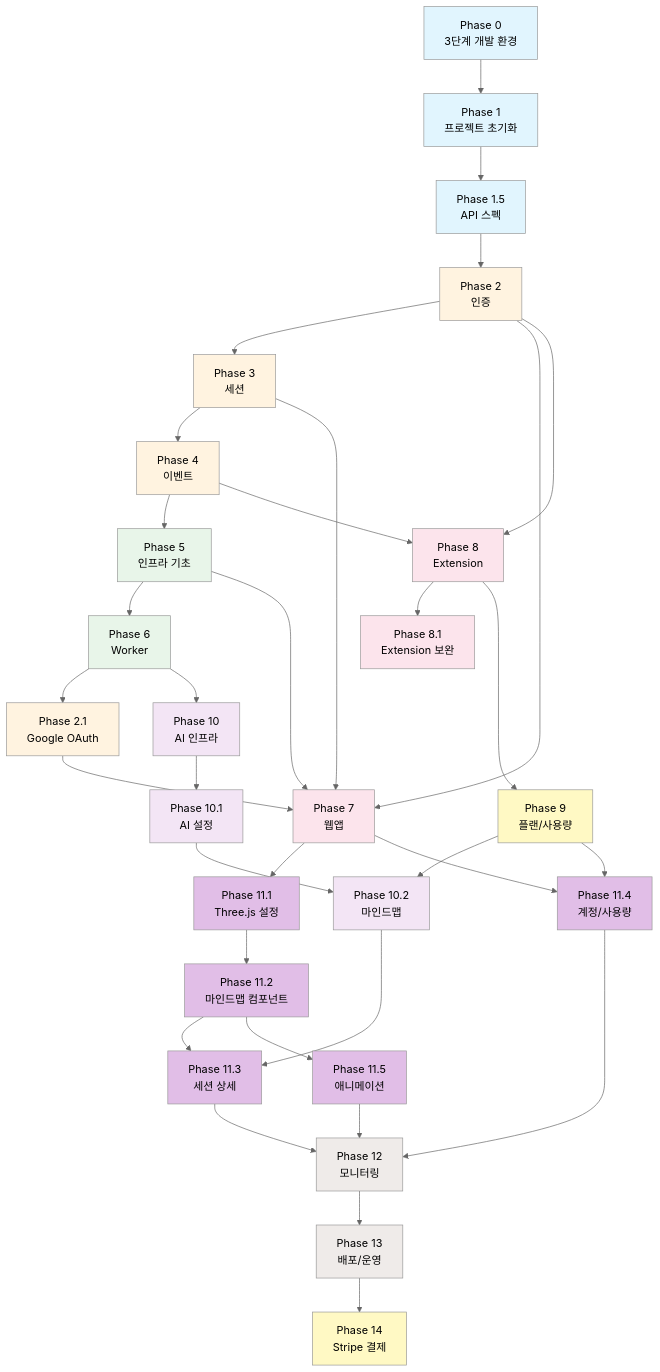
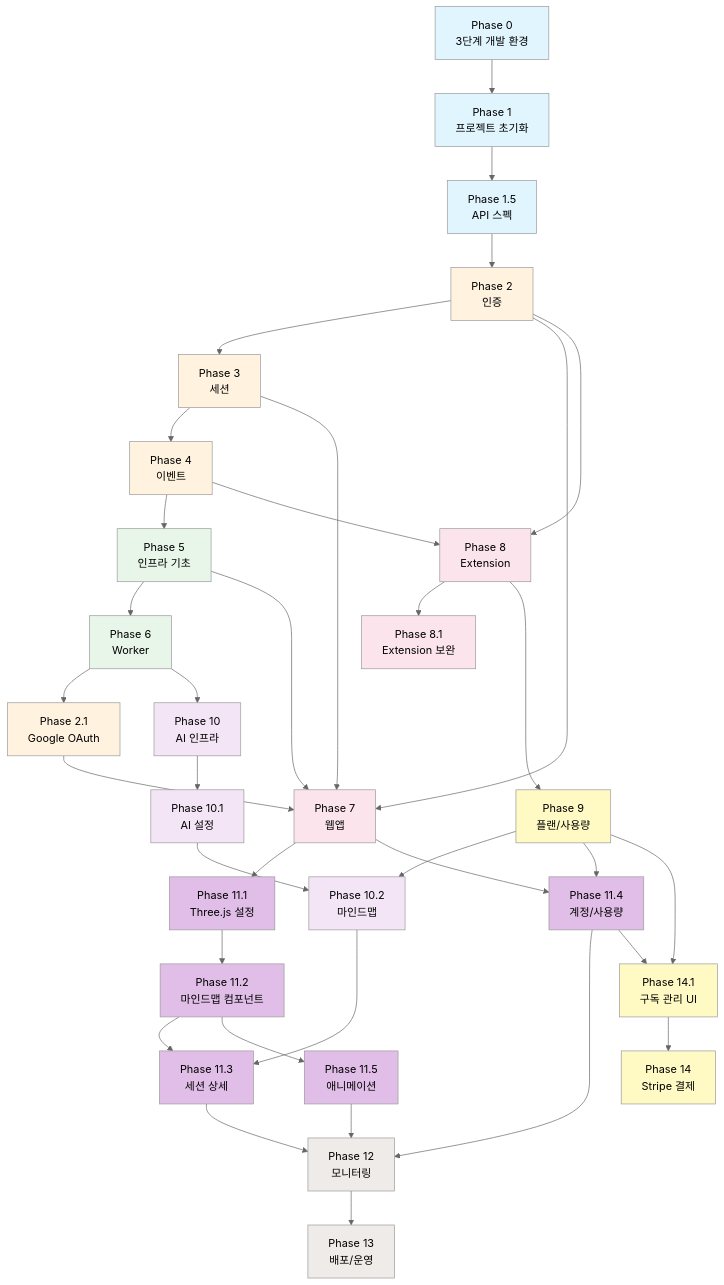
Before and after one commit to coldzero94/mindhit: the diagram in docs/development/phases/README.md, drawn with Mermaid (neutral theme). The commit also changed other lines of this file and 1 other file, not shown here.

Commit message:
docs: add Phase 14.1 subscription management UI documentation
Add detailed documentation for Phase 14.1 which covers:
- Plan comparison/selection page (/pricing)
- Plan change and cancellation APIs
- Feature gating implementation (backend middleware + frontend hooks)
- Subscription management UI components

This phase prepares the subscription UI infrastructure before
Stripe integration in Phase 14.

````diff
--- a/docs/development/phases/README.md
+++ b/docs/development/phases/README.md
@@ -131,7 +133,9 @@
     P11_4 --> P12
     P11_5 --> P12
     P12 --> P13[Phase 13<br/>배포/운영]
-    P13 --> P14[Phase 14<br/>Stripe 결제]
+    P9 --> P14_1[Phase 14.1<br/>구독 관리 UI]
+    P11_4 --> P14_1
+    P14_1 --> P14[Phase 14<br/>Stripe 결제]
 
     style P0 fill:#e1f5fe
     style P1 fill:#e1f5fe
@@ -156,5 +160,6 @@
     style P11_5 fill:#e1bee7
     style P12 fill:#efebe9
     style P13 fill:#efebe9
+    style P14_1 fill:#fff9c4
     style P14 fill:#fff9c4
 ```
````
